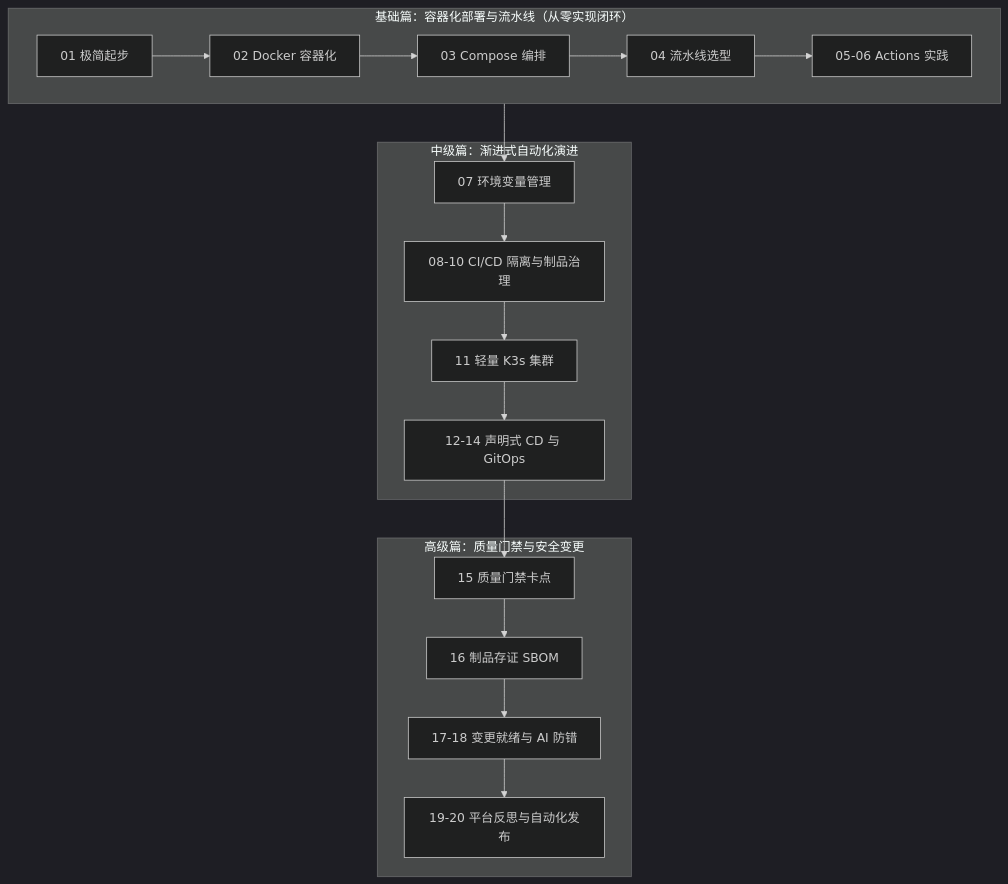
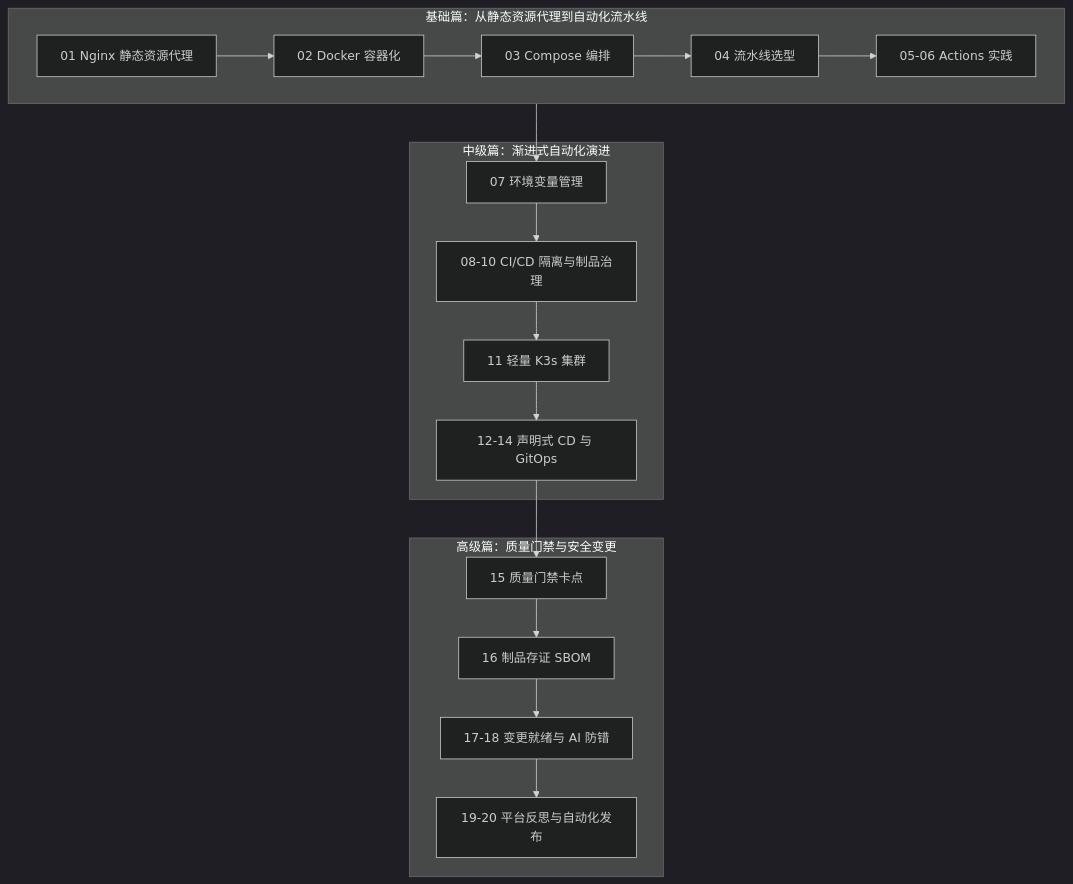
One commit to xiaolinstar/xiaolin-docs changed the diagram in docs/sre/devops/index.md. Above: the diagram before and after it, drawn with Mermaid (dark theme). The commit also changed other lines of this file and 2 other files, not shown here.

Commit message:
docs: revise devops foundation nginx article

````diff
--- a/docs/sre/devops/index.md
+++ b/docs/sre/devops/index.md
@@ -18,24 +18,24 @@
 ```mermaid
 graph TD
-    subgraph 基础篇 ["基础篇：容器化部署与流水线（从零实现闭环）"]
-        start["01 极简起步"] --> docker["02 Docker 容器化"]
+    subgraph 基础篇 ["基础篇：从静态资源代理到自动化流水线"]
+        start["01 Nginx 静态资源代理"] --> docker["02 Docker 容器化"]
         docker --> compose["03 Compose 编排"]
         compose --> pipeline["04 流水线选型"]
         pipeline --> actions["05-06 Actions 实践"]
     end
 
     subgraph 中级篇 ["中级篇：渐进式自动化演进"]
         L1["07 环境变量管理"] --> L2["08-10 CI/CD 隔离与制品治理"]
         L2 --> L3["11 轻量 K3s 集群"]
         L3 --> L4["12-14 声明式 CD 与 GitOps"]
     end
 
     subgraph 高级篇 ["高级篇：质量门禁与安全变更"]
         L5["15 质量门禁卡点"] --> L6["16 制品存证 SBOM"]
         L6 --> L7["17-18 变更就绪与 AI 防错"]
         L7 --> L8["19-20 平台反思与自动化发布"]
     end
 
     基础篇 --> L1
     L4 --> L5
 ```
````
